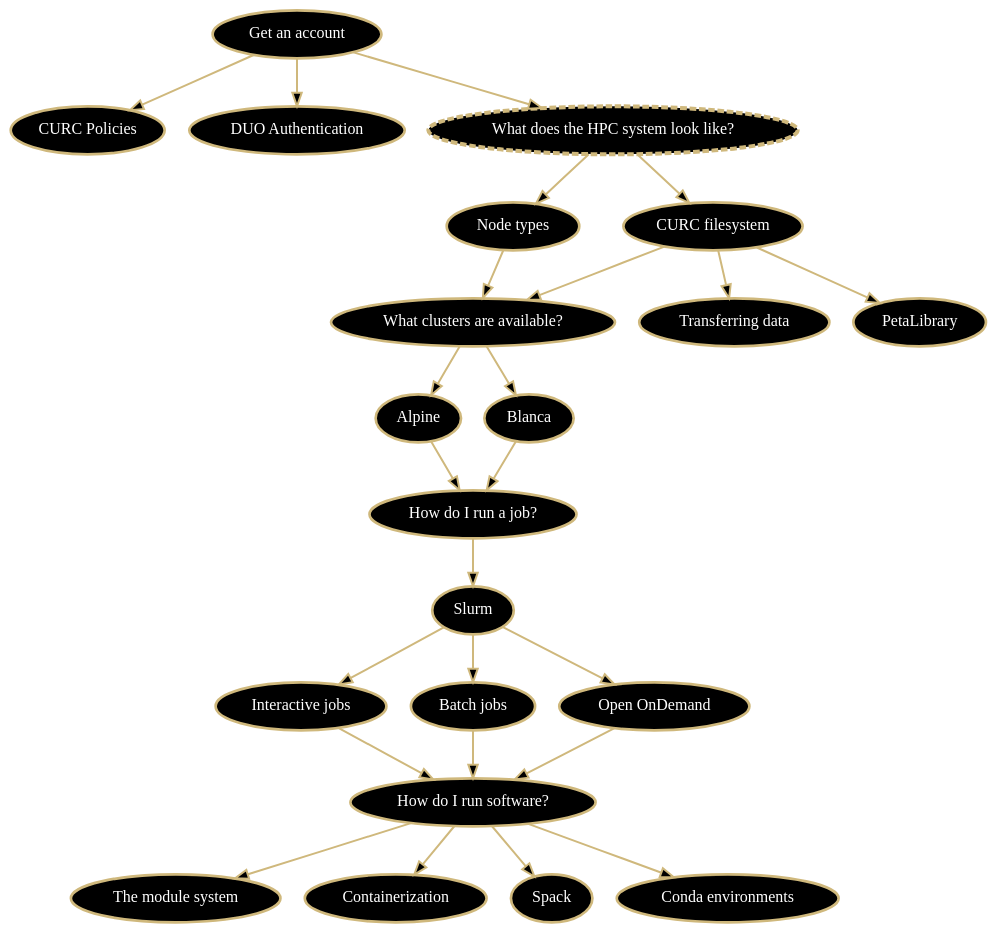
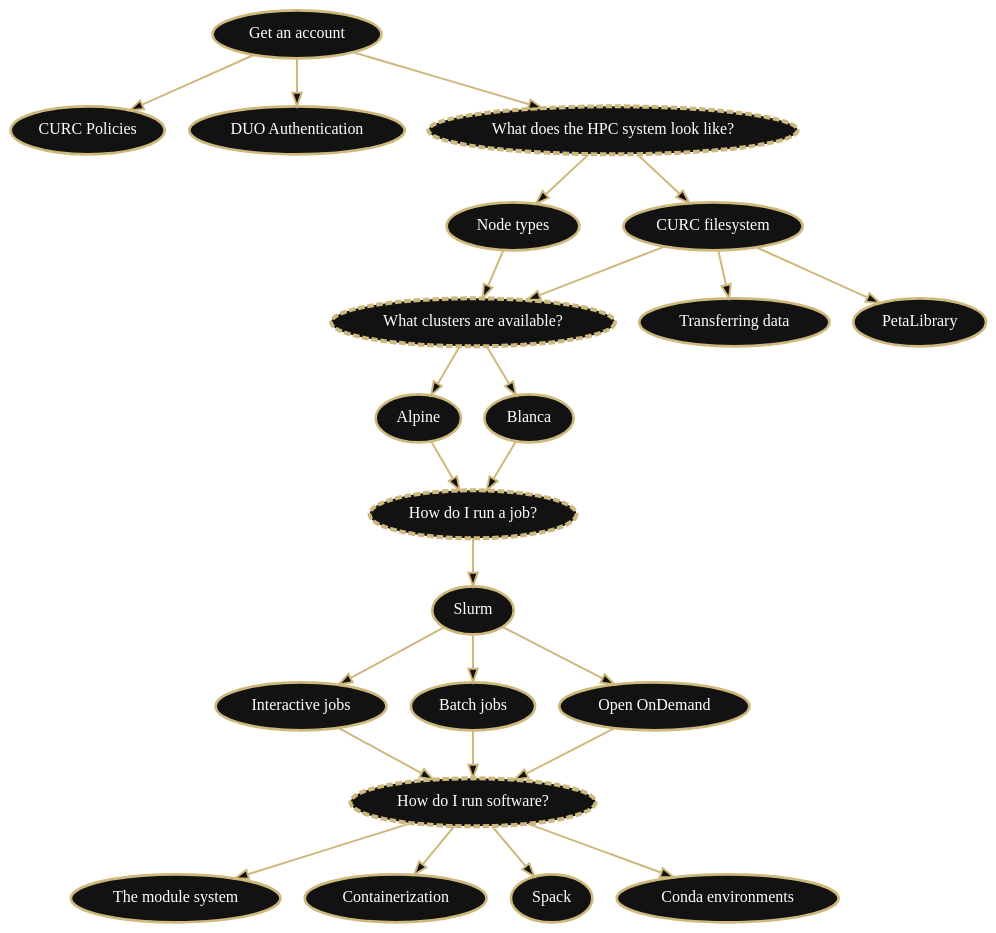
One commit to ResearchComputing/Documentation changed the diagram in igraphviz_flowcharts/dot_files/getting_started_hpc_flowchart.dot. Above: the diagram before and after it, drawn with Graphviz. The commit also changed 8 other files, not shown here.

Commit message:
modify color scheme for flowcharts, modify produced svgs so their height and width is 100 percent, add scg generation for cloud flowchart

```diff
--- a/igraphviz_flowcharts/dot_files/getting_started_hpc_flowchart.dot
+++ b/igraphviz_flowcharts/dot_files/getting_started_hpc_flowchart.dot
@@ -1,54 +1,54 @@
 digraph "" {
          bgcolor="transparent";
          ranksep="0.5 equally";
-         graph [class="gs-hpc-flowchart"];
-         node [fontname="Verdana", fontsize="12", color="#CFB87C", style="filled", fillcolor="black", penwidth="2", fontcolor="white"];
-         edge [color="#CFB87C", fillcolor="black", penwidth="1.5"];
+         graph [id="gs-flowchart"];
+         node [fontname="Verdana", fontsize="12", color="#CFB87C", style="filled", fillcolor="#121212", penwidth="2", fontcolor="white"];
+         edge [color="#CFB87C", fillcolor="#121212", penwidth="1.5"];
 
-         logging_in [label="Get an account", href="./access/logging-in.html", target="_blank"];
-         policies [label="CURC Policies", href="./additional-resources/policies.html", target="_blank"];
-         duo [label="DUO Authentication", href="./access/duo-2-factor-authentication.html", target="_blank"];
-         compute_env [label="What does the HPC system look like?", style="filled,dashed", penwidth="3", tooltip="What does the HPC system look like?"];
-         running_jobs [label="How do I run a job?"];
-         clusters [label="What clusters are available?"];
-         node_type [label="Node types", href="./compute/node-types.html", target="_blank"];
-         filesystem [label="CURC filesystem", href="./compute/filesystems.html", target="_blank"];
-         data_transfer [label="Transferring data", href="./compute/data-transfer.html", target="_blank"];
-         petalibrary [label="PetaLibrary", href="./storage/petalibrary/index.html", target="_blank"];
-         alpine [label="Alpine", href="./clusters/alpine/index.html", target="_blank"];
-         blanca [label="Blanca", href="./clusters/blanca/blanca.html", target="_blank"];
-         slurm [label="Slurm", href="./running-jobs/job-resources.html", target="_blank"];
-         interactive [label="Interactive jobs", href="./running-jobs/interactive-jobs.html", target="_blank"];
-         batch [label="Batch jobs", href="./running-jobs/batch-jobs.html", target="_blank"];
-         ood [label="Open OnDemand", href="./open_ondemand/index.html", target="_blank"];
-         using_software [label="How do I run software?"];
-         modules [label="The module system", href="./compute/modules.html", target="_blank"];
-         container [label="Containerization", href="./software/containerization.html", target="_blank"];
-         spack [label="Spack", href="./software/spack.html", target="_blank"];
-         conda [label="Conda environments", href="./software/python.html", target="_blank"];
+         logging_in [label="Get an account", href="./access/logging-in.html", target="_blank", id="clickable"];
+         policies [label="CURC Policies", href="./additional-resources/policies.html", target="_blank", id="clickable"];
+         duo [label="DUO Authentication", href="./access/duo-2-factor-authentication.html", target="_blank", id="clickable"];
+         compute_env [label="What does the HPC system look like?", style="filled,dashed", penwidth="3"];
+         running_jobs [label="How do I run a job?", style="filled,dashed", penwidth="3"];
+         clusters [label="What clusters are available?", style="filled,dashed", penwidth="3"];
+         node_type [label="Node types", href="./compute/node-types.html", target="_blank", id="clickable"];
+         filesystem [label="CURC filesystem", href="./compute/filesystems.html", target="_blank", id="clickable"];
+         data_transfer [label="Transferring data", href="./compute/data-transfer.html", target="_blank", id="clickable"];
+         petalibrary [label="PetaLibrary", href="./storage/petalibrary/index.html", target="_blank", id="clickable"];
+         alpine [label="Alpine", href="./clusters/alpine/index.html", target="_blank", id="clickable"];
+         blanca [label="Blanca", href="./clusters/blanca/blanca.html", target="_blank", id="clickable"];
+         slurm [label="Slurm", href="./running-jobs/job-resources.html", target="_blank", id="clickable"];
+         interactive [label="Interactive jobs", href="./running-jobs/interactive-jobs.html", target="_blank", id="clickable"];
+         batch [label="Batch jobs", href="./running-jobs/batch-jobs.html", target="_blank", id="clickable"];
+         ood [label="Open OnDemand", href="./open_ondemand/index.html", target="_blank", id="clickable"];
+         using_software [label="How do I run software?", style="filled,dashed", penwidth="3"];
+         modules [label="The module system", href="./compute/modules.html", target="_blank", id="clickable"];
+         container [label="Containerization", href="./software/containerization.html", target="_blank", id="clickable"];
+         spack [label="Spack", href="./software/spack.html", target="_blank", id="clickable"];
+         conda [label="Conda environments", href="./software/python.html", target="_blank", id="clickable"];
 
          logging_in -> policies;
          logging_in -> duo;
          logging_in -> compute_env;
          compute_env -> node_type;
          compute_env -> filesystem;
          filesystem -> data_transfer;
          filesystem -> petalibrary;
          filesystem -> clusters;
          node_type -> clusters;
          clusters -> alpine;
          clusters -> blanca;
          alpine -> running_jobs;
          blanca -> running_jobs;
          running_jobs -> slurm;
          slurm -> interactive;
          slurm -> batch;
          slurm -> ood;
          interactive -> using_software;
          batch -> using_software;
          ood -> using_software;
          using_software -> modules;
          using_software -> container;
          using_software -> spack;
          using_software -> conda;
      }
```
